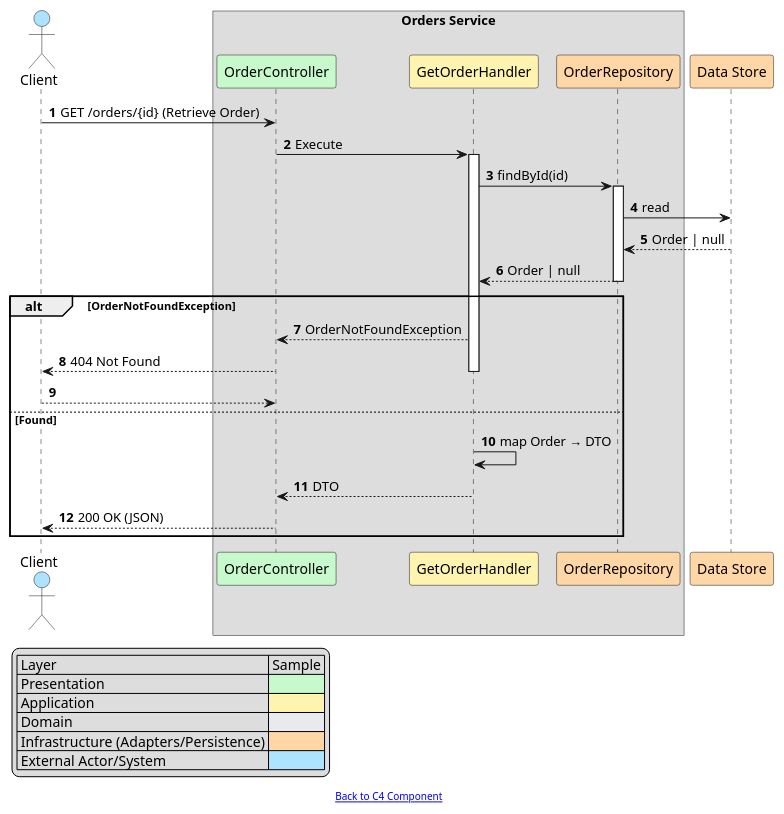
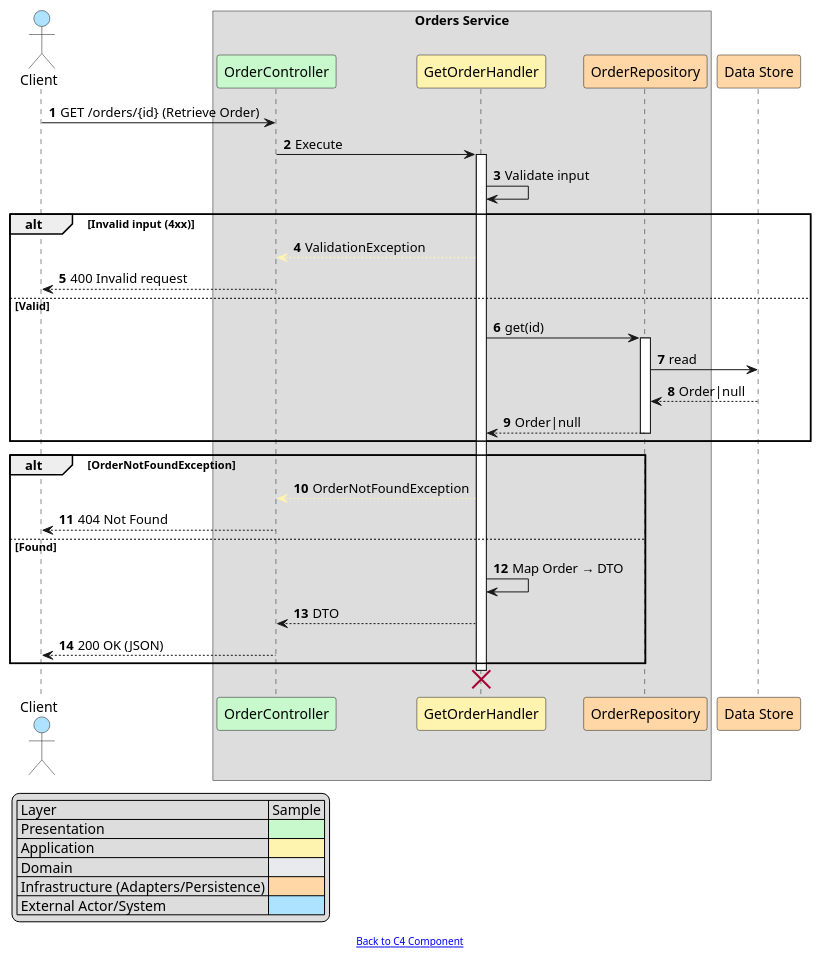
One commit to mundiir/meetup-2025-orders-service changed the diagram in docs/sequence-get-order.puml. Above: the diagram before and after it, drawn with PlantUML. The commit also changed 7 other files, not shown here.

```diff
--- a/docs/sequence-get-order.puml
+++ b/docs/sequence-get-order.puml
@@ -1,50 +1,53 @@
 @startuml
-' Get Order — Sequence with domain exception mapping
+' Get Order — Sequence (real code names; repository + data store + domain exception mapping)
 autonumber
 
 actor Client #AEE3FF
 
 box "Orders Service" #DDDDDD
   participant OrderController #C7F9CC
   participant GetOrderHandler #FFF3B0
   participant OrderRepository #FFD6A5
 end box
 
 participant "Data Store" as DataStore #FFD6A5
 
 Client -> OrderController: GET /orders/{id} (Retrieve Order)
 OrderController -> GetOrderHandler: Execute
 activate GetOrderHandler
 
-GetOrderHandler -> OrderRepository: findById(id)
-activate OrderRepository
-OrderRepository -> DataStore: read
-DataStore --> OrderRepository: Order | null
-OrderRepository --> GetOrderHandler: Order | null
-deactivate OrderRepository
+GetOrderHandler -> GetOrderHandler: Validate input
+alt Invalid input (4xx)
+  GetOrderHandler -[#FFF3B0]-> OrderController: ValidationException
+  OrderController --> Client: 400 Invalid request
+else Valid
+  GetOrderHandler -> OrderRepository: get(id)
+  activate OrderRepository
+  OrderRepository -> DataStore: read
+  DataStore --> OrderRepository: Order|null
+  OrderRepository --> GetOrderHandler: Order|null
+  deactivate OrderRepository
+end
 
 alt OrderNotFoundException
-  GetOrderHandler --> OrderController: OrderNotFoundException
+  GetOrderHandler -[#FFF3B0]-> OrderController: OrderNotFoundException
   OrderController --> Client: 404 Not Found
-  deactivate GetOrderHandler
-  return
 else Found
-  GetOrderHandler -> GetOrderHandler: map Order → DTO
+  GetOrderHandler -> GetOrderHandler: Map Order → DTO
   GetOrderHandler --> OrderController: DTO
-  deactivate GetOrderHandler
   OrderController --> Client: 200 OK (JSON)
 end
 
-autonumber stop
+destroy GetOrderHandler
 
 legend left
   | Layer | Sample |
   | Presentation | <#C7F9CC> |
   | Application | <#FFF3B0> |
   | Domain | <#E8EAED> |
   | Infrastructure (Adapters/Persistence) | <#FFD6A5> |
   | External Actor/System | <#AEE3FF> |
 endlegend
 
 footer [[https://mundiir.github.io/meetup-2025-orders-service/c4-component.svg Back to C4 Component]]
 @enduml
```
